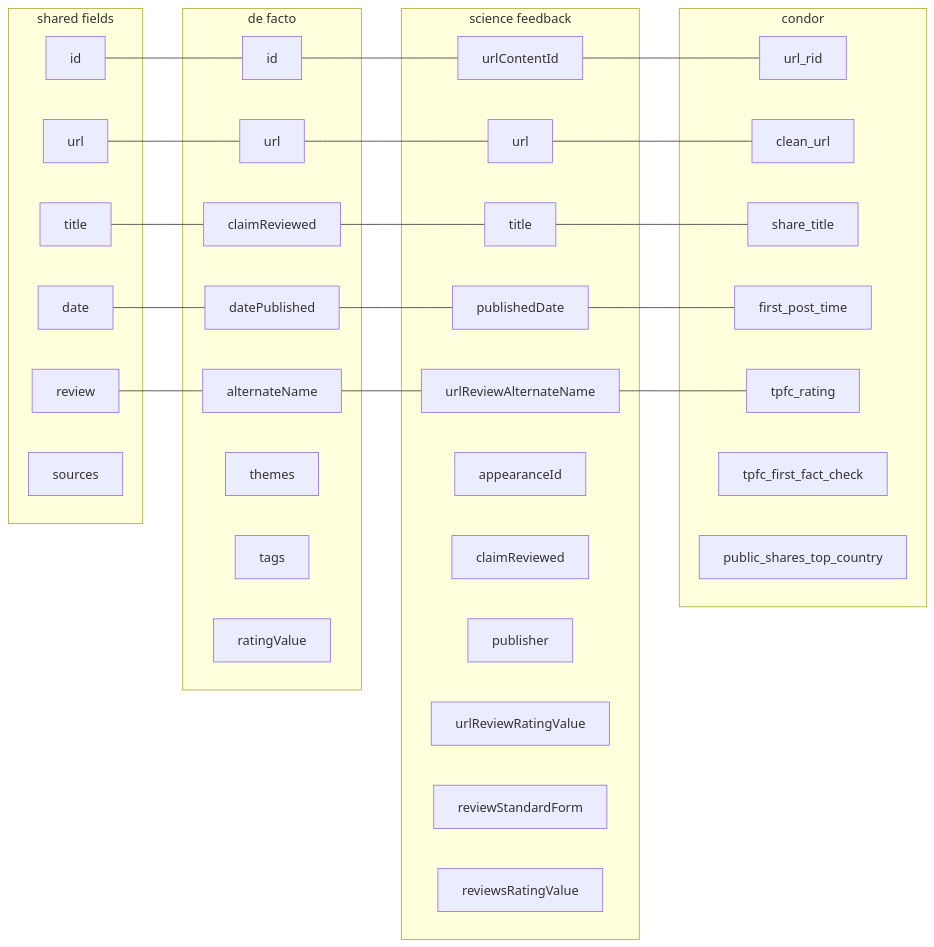
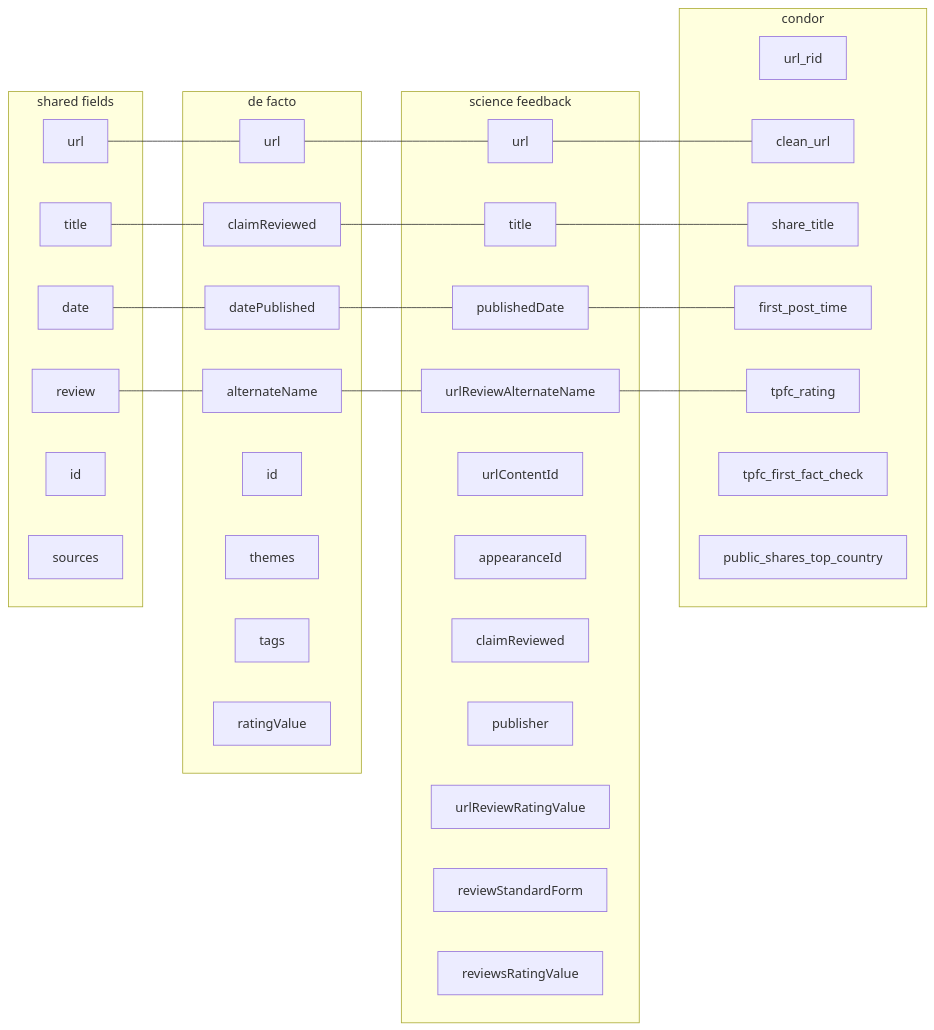
The diagram in README.md (medialab/spsm-database), drawn with Mermaid before and after one commit. The commit also changed other lines of this file and 1 other file, not shown here.

````diff
--- a/README.md
+++ b/README.md
@@ -9,53 +15,52 @@
  ```mermaid
 flowchart LR
 
 subgraph condor
     url_rid
     clean_url
     share_title
     first_post_time
     tpfc_rating
     tpfc_first_fact_check
     public_shares_top_country
 end
 
-mainid[id]---id---urlContentId---url_rid
-maintitle[title]---dfclaimReviewed---title---share_title
 mainurl[url]---dfurl---sfurl---clean_url
 maindate[date]---datePublished---publishedDate---first_post_time
+maintitle[title]---dfclaimReviewed---title---share_title
 mainreview[review]---alternateName---urlReviewAlternateName---tpfc_rating
 
 subgraph shared fields
-    mainid
+    mainid[id]
     sources
     maintitle
     mainurl
     maindate
     mainreview
 end
 
 subgraph science feedback
     urlContentId
     appearanceId
     sfurl[url]
     sfclaimReviewed[claimReviewed]
     publishedDate
     publisher
     title
     urlReviewAlternateName
     urlReviewRatingValue
     reviewStandardForm
     reviewsRatingValue
 end
 
 subgraph de facto
     id
     dfurl[url]
     dfclaimReviewed[claimReviewed]
     datePublished
     alternateName
     themes
     tags
     ratingValue
 end
  ```
````
